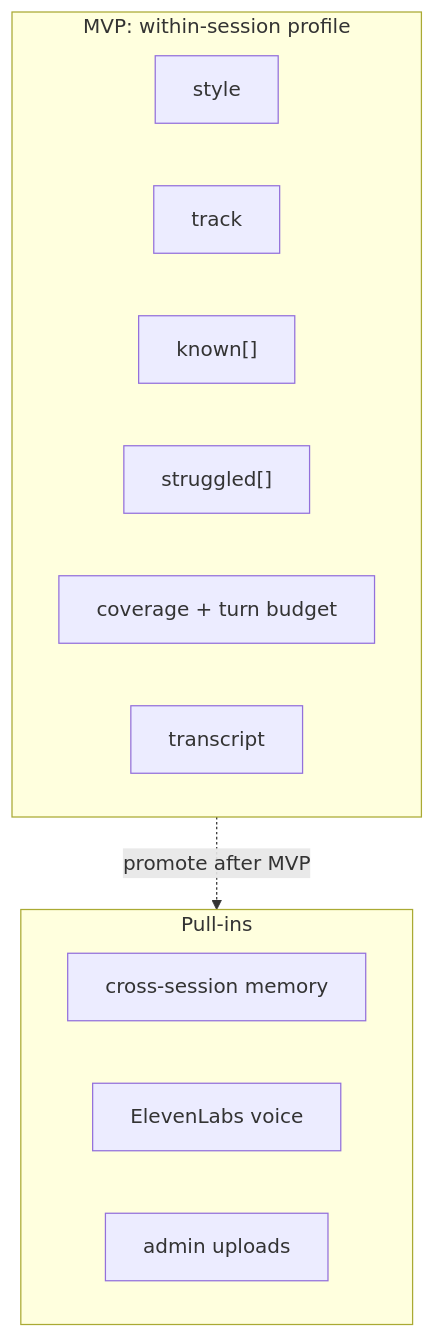
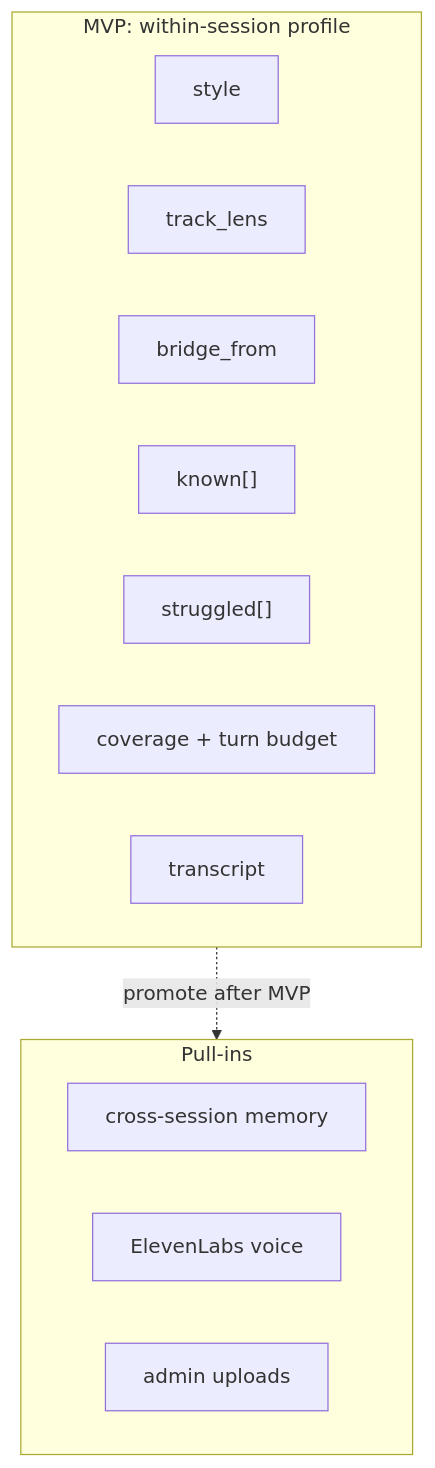
Before and after one commit to manjunath84/genacademy-coach: the fifth of 7 diagrams in docs/architecture-diagrams.md, drawn with Mermaid. The commit also changed other lines of this file and 6 other files, not shown here.

Commit message:
docs: clarify track lens and interview pull-in

````diff
--- a/docs/architecture-diagrams.md
+++ b/docs/architecture-diagrams.md
@@ -153,19 +155,20 @@
 ```mermaid
 flowchart TD
     subgraph Session["MVP: within-session profile"]
         Style["style"]
-        Track["track"]
+        Track["track_lens"]
+        Bridge["bridge_from"]
         Known["known[]"]
         Struggled["struggled[]"]
         Coverage["coverage + turn budget"]
         Transcript["transcript"]
     end
 
     subgraph Later["Pull-ins"]
         Mem0["cross-session memory"]
         Voice["ElevenLabs voice"]
         Admin["admin uploads"]
     end
 
     Session -. promote after MVP .-> Later
 ```
````
